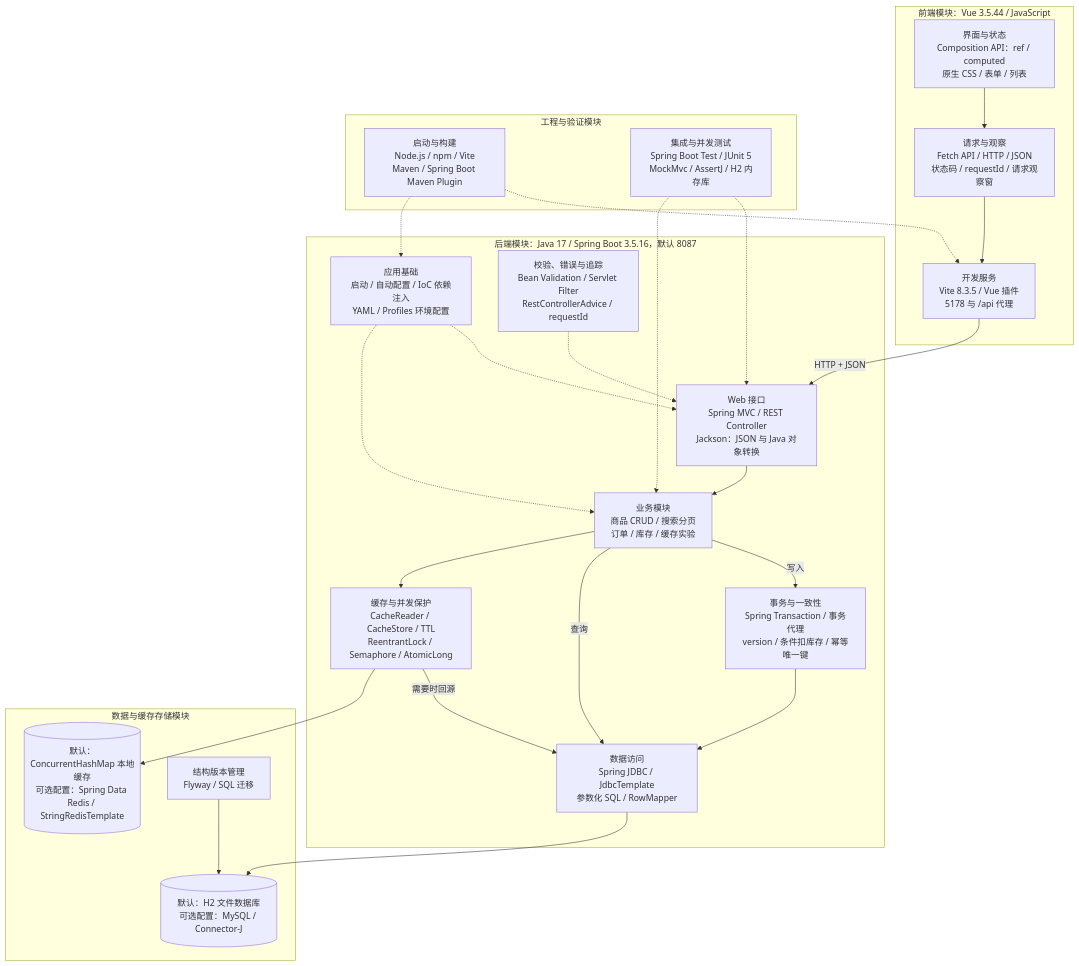
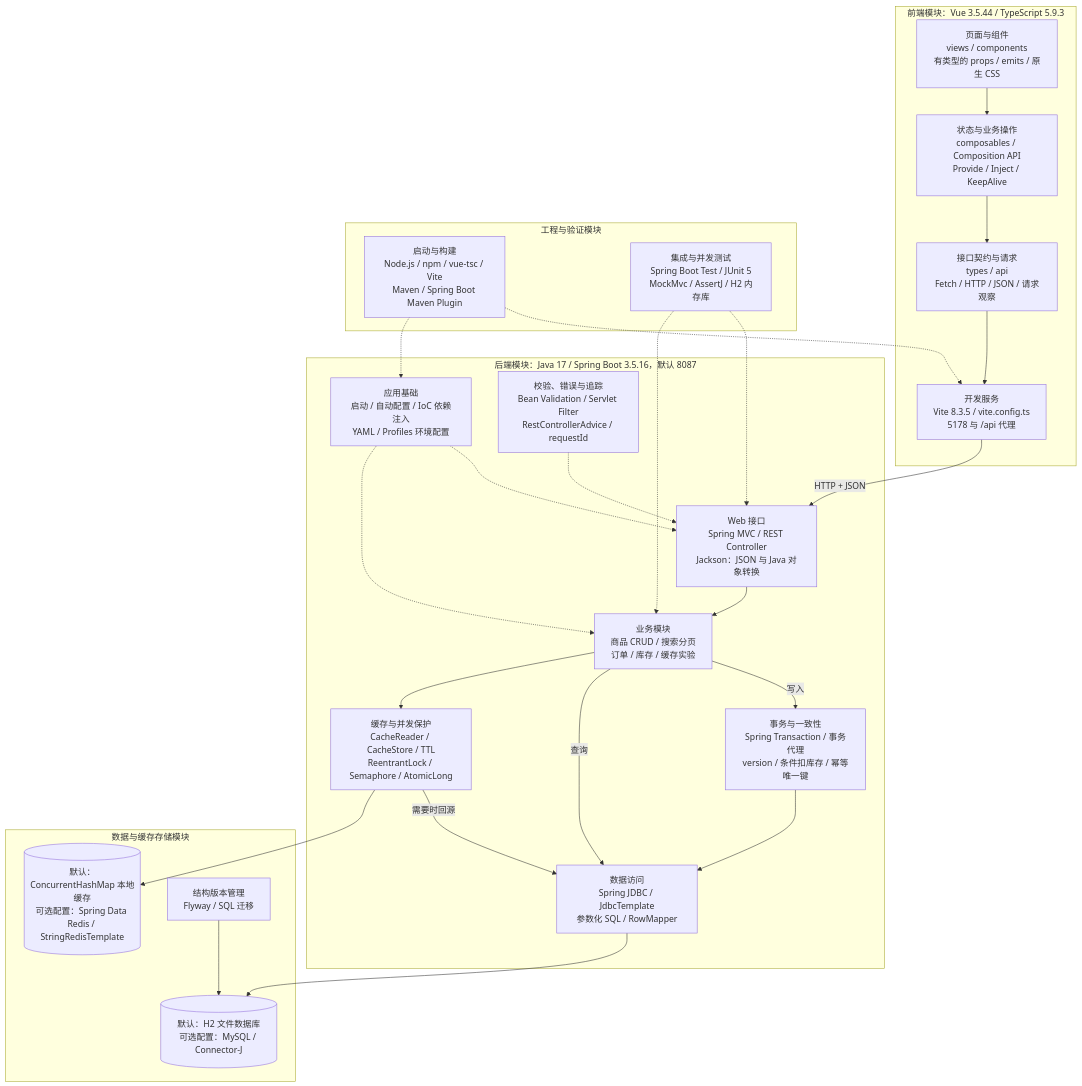
One commit to liangzhao346/fullstack-learning-lab changed the first of 3 diagrams in docs/architecture.md. Above: the diagram before and after it, drawn with Mermaid. The commit also changed other lines of this file and 50 other files, not shown here.

````diff
--- a/docs/architecture.md
+++ b/docs/architecture.md
@@ -9,43 +9,44 @@
 ```mermaid
 flowchart TB
-    subgraph FrontModules["前端模块：Vue 3.5.44 / JavaScript"]
-        UI["界面与状态<br/>Composition API：ref / computed<br/>原生 CSS / 表单 / 列表"]
-        Client["请求与观察<br/>Fetch API / HTTP / JSON<br/>状态码 / requestId / 请求观察窗"]
-        DevProxy["开发服务<br/>Vite 8.3.5 / Vue 插件<br/>5178 与 /api 代理"]
-        UI --> Client --> DevProxy
+    subgraph FrontModules["前端模块：Vue 3.5.44 / TypeScript 5.9.3"]
+        UI["页面与组件<br/>views / components<br/>有类型的 props / emits / 原生 CSS"]
+        State["状态与业务操作<br/>composables / Composition API<br/>Provide / Inject / KeepAlive"]
+        Client["接口契约与请求<br/>types / api<br/>Fetch / HTTP / JSON / 请求观察"]
+        DevProxy["开发服务<br/>Vite 8.3.5 / vite.config.ts<br/>5178 与 /api 代理"]
+        UI --> State --> Client --> DevProxy
     end
     subgraph ServerModules["后端模块：Java 17 / Spring Boot 3.5.16，默认 8087"]
         Boot["应用基础<br/>启动 / 自动配置 / IoC 依赖注入<br/>YAML / Profiles 环境配置"]
         Web["Web 接口<br/>Spring MVC / REST Controller<br/>Jackson：JSON 与 Java 对象转换"]
         Guard["校验、错误与追踪<br/>Bean Validation / Servlet Filter<br/>RestControllerAdvice / requestId"]
         Biz["业务模块<br/>商品 CRUD / 搜索分页<br/>订单 / 库存 / 缓存实验"]
         Tx["事务与一致性<br/>Spring Transaction / 事务代理<br/>version / 条件扣库存 / 幂等唯一键"]
         CacheLogic["缓存与并发保护<br/>CacheReader / CacheStore / TTL<br/>ReentrantLock / Semaphore / AtomicLong"]
         JDBC["数据访问<br/>Spring JDBC / JdbcTemplate<br/>参数化 SQL / RowMapper"]
         Boot -.-> Web
         Boot -.-> Biz
         Guard -.-> Web
         Web --> Biz
         Biz -->|"写入"| Tx --> JDBC
         Biz -->|"查询"| JDBC
         Biz --> CacheLogic
         CacheLogic -->|"需要时回源"| JDBC
     end
     subgraph StorageModules["数据与缓存存储模块"]
         DB[("默认：H2 文件数据库<br/>可选配置：MySQL / Connector-J")]
         Cache[("默认：ConcurrentHashMap 本地缓存<br/>可选配置：Spring Data Redis / StringRedisTemplate")]
         Migration["结构版本管理<br/>Flyway / SQL 迁移"]
         Migration --> DB
     end
     subgraph Engineering["工程与验证模块"]
-        Build["启动与构建<br/>Node.js / npm / Vite<br/>Maven / Spring Boot Maven Plugin"]
+        Build["启动与构建<br/>Node.js / npm / vue-tsc / Vite<br/>Maven / Spring Boot Maven Plugin"]
         Test["集成与并发测试<br/>Spring Boot Test / JUnit 5<br/>MockMvc / AssertJ / H2 内存库"]
     end
     DevProxy -->|"HTTP + JSON"| Web
     JDBC --> DB
     CacheLogic --> Cache
     Build -.-> DevProxy
     Build -.-> Boot
     Test -.-> Web
     Test -.-> Biz
 ```
````
